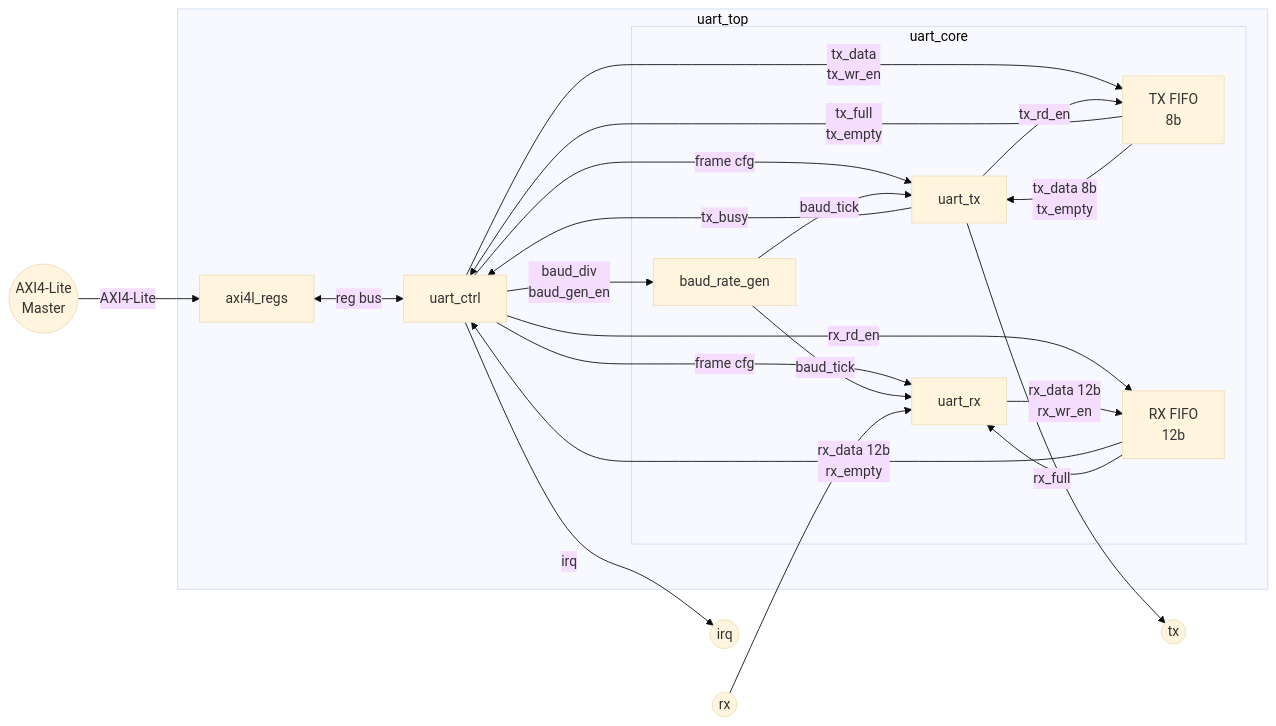
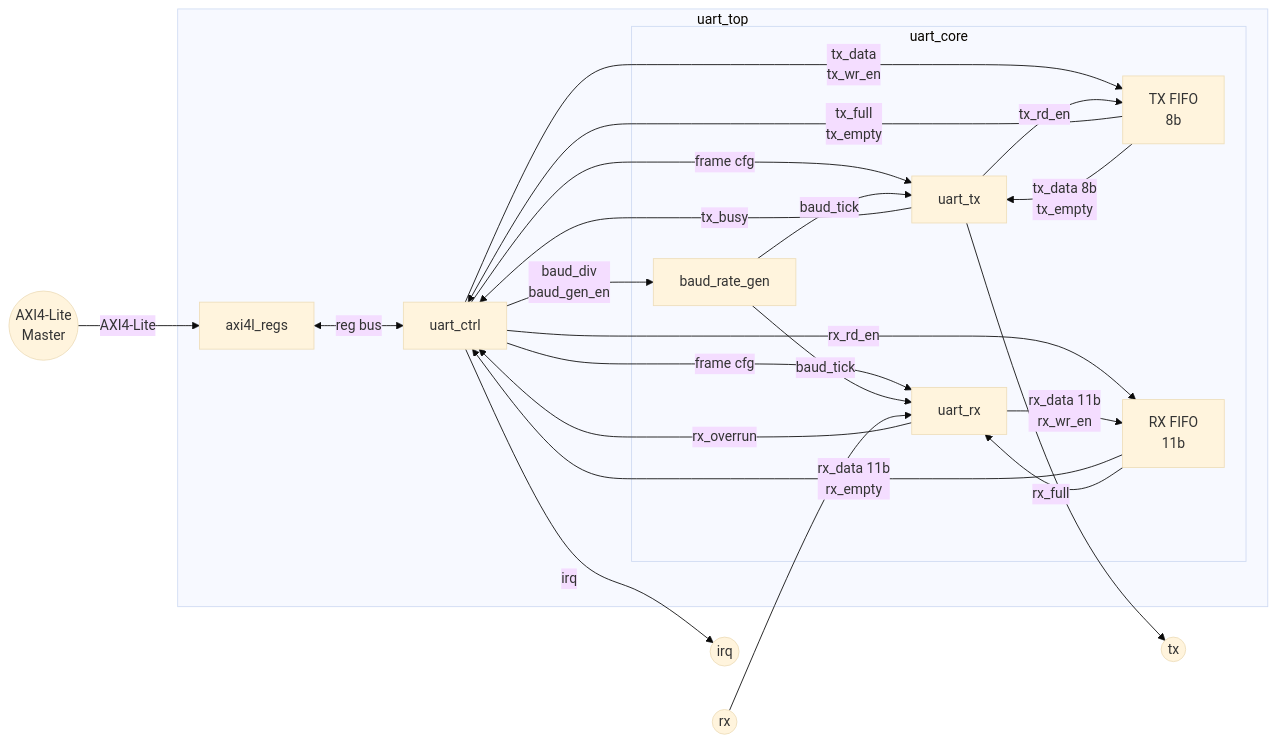
The diagram in docs/design.md (gmcastil/axi4l-uart), drawn with Mermaid (base theme) before and after one commit. The commit also changed other lines of this file and 1 other file, not shown here.

````diff
--- a/docs/design.md
+++ b/docs/design.md
@@ -13,39 +13,40 @@
 ```mermaid
 graph LR
     AXIM((AXI4-Lite\nMaster))
     TX((tx))
     RX((rx))
 
     subgraph uart_top["uart_top"]
         AXI["axi4l_regs"]
         CTRL["uart_ctrl"]
 
         subgraph uart_core["uart_core"]
             BRG["baud_rate_gen"]
             TXFIFO["TX FIFO\n8b"]
             UTX["uart_tx"]
             URX["uart_rx"]
-            RXFIFO["RX FIFO\n12b"]
+            RXFIFO["RX FIFO\n11b"]
         end
     end
 
     AXIM -->|AXI4-Lite| AXI
     AXI <-->|reg bus| CTRL
     CTRL -->|baud_div\nbaud_gen_en| BRG
     CTRL -->|frame cfg| UTX
     CTRL -->|frame cfg| URX
     CTRL -->|tx_data\ntx_wr_en| TXFIFO
     TXFIFO -->|tx_full\ntx_empty| CTRL
     UTX -->|tx_busy| CTRL
-    RXFIFO -->|rx_data 12b\nrx_empty| CTRL
+    URX -->|rx_overrun| CTRL
+    RXFIFO -->|rx_data 11b\nrx_empty| CTRL
     CTRL -->|rx_rd_en| RXFIFO
     BRG -->|baud_tick| UTX
     BRG -->|baud_tick| URX
     TXFIFO -->|tx_data 8b\ntx_empty| UTX
     UTX -->|tx_rd_en| TXFIFO
-    URX -->|rx_data 12b\nrx_wr_en| RXFIFO
+    URX -->|rx_data 11b\nrx_wr_en| RXFIFO
     RXFIFO -->|rx_full| URX
     UTX --> TX
     RX --> URX
     CTRL -->|irq| IRQ((irq))
 ```
````
